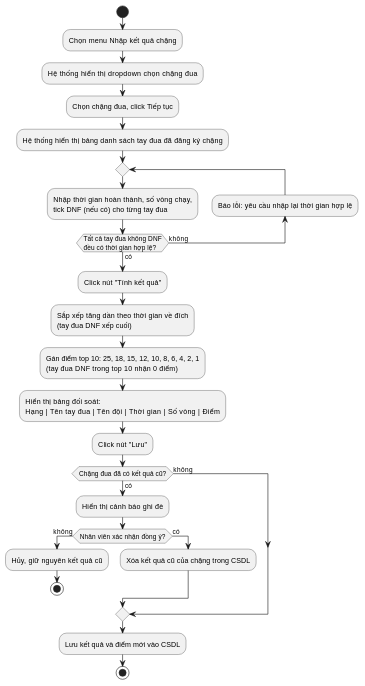
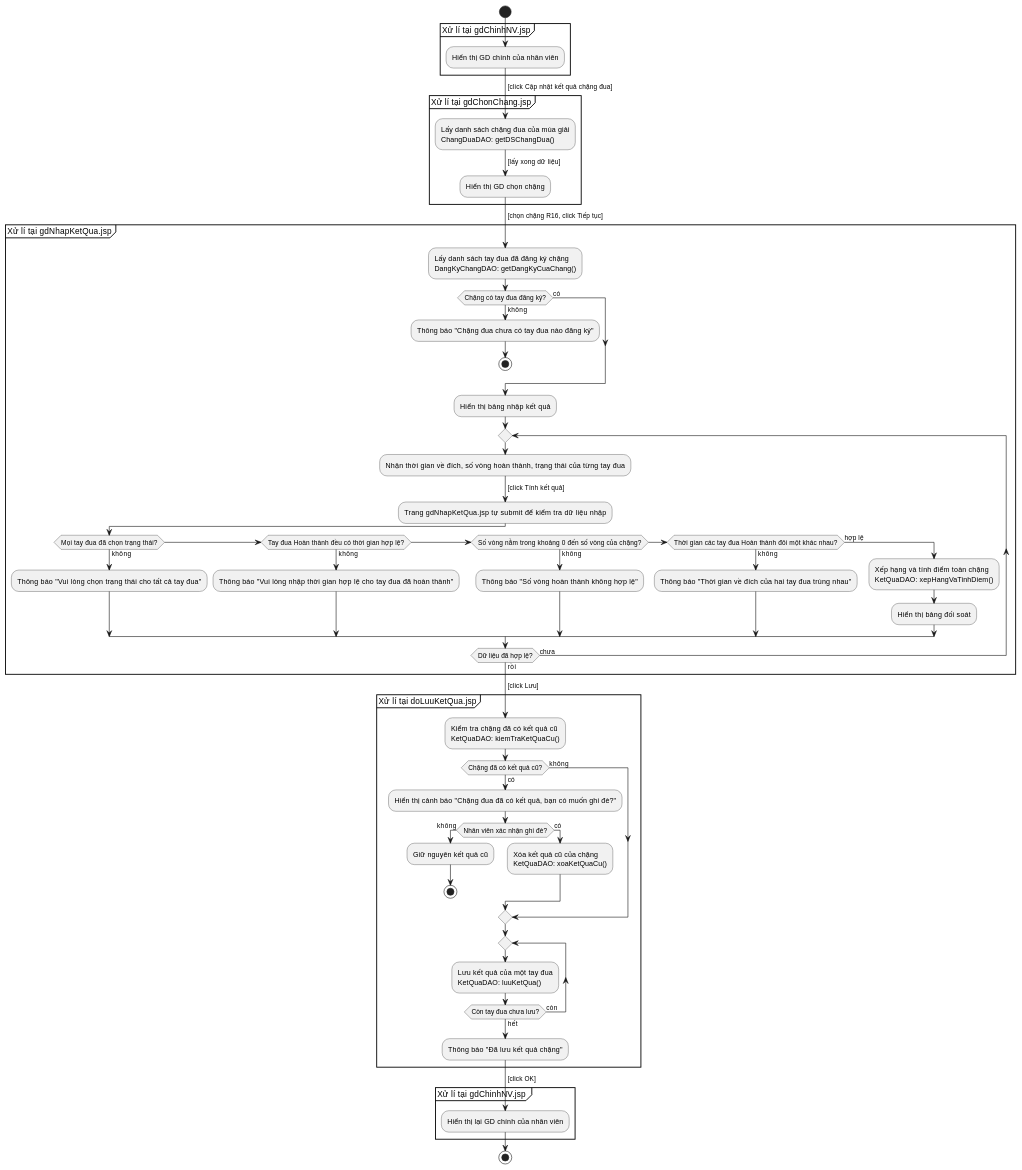
Before and after one commit to 7gho/CNPM-He2026: the fifth of 6 diagrams in Module 3 - Kiet/noi-dung.md, drawn with PlantUML. The commit also changed other lines of this file and 53 other files, not shown here.

````diff
--- a/Module 3 - Kiet/noi-dung.md
+++ b/Module 3 - Kiet/noi-dung.md
@@ -61,34 +378,70 @@
 ```plantuml
 @startuml
 start
-:Chọn menu Nhập kết quả chặng;
-:Hệ thống hiển thị dropdown chọn chặng đua;
-:Chọn chặng đua, click Tiếp tục;
-:Hệ thống hiển thị bảng danh sách tay đua đã đăng ký chặng;
-
-repeat
-  :Nhập thời gian hoàn thành, số vòng chạy,\ntick DNF (nếu có) cho từng tay đua;
-backward:Báo lỗi: yêu cầu nhập lại thời gian hợp lệ;
-repeat while (Tất cả tay đua không DNF\nđều có thời gian hợp lệ?) is (không) not (có)
-
-:Click nút "Tính kết quả";
-:Sắp xếp tăng dần theo thời gian về đích\n(tay đua DNF xếp cuối);
-:Gán điểm top 10: 25, 18, 15, 12, 10, 8, 6, 4, 2, 1\n(tay đua DNF trong top 10 nhận 0 điểm);
-:Hiển thị bảng đối soát:\nHạng | Tên tay đua | Tên đội | Thời gian | Số vòng | Điểm;
-:Click nút "Lưu";
-
-if (Chặng đua đã có kết quả cũ?) then (có)
-  :Hiển thị cảnh báo ghi đè;
-  if (Nhân viên xác nhận đồng ý?) then (không)
-    :Hủy, giữ nguyên kết quả cũ;
+partition "Xử lí tại gdChinhNV.jsp" {
+  :Hiển thị GD chính của nhân viên;
+}
+-> [click Cập nhật kết quả chặng đua];
+partition "Xử lí tại gdChonChang.jsp" {
+  :Lấy danh sách chặng đua của mùa giải
+  ChangDuaDAO: getDSChangDua();
+  -> [lấy xong dữ liệu];
+  :Hiển thị GD chọn chặng;
+}
+-> [chọn chặng R16, click Tiếp tục];
+partition "Xử lí tại gdNhapKetQua.jsp" {
+  :Lấy danh sách tay đua đã đăng ký chặng
+  DangKyChangDAO: getDangKyCuaChang();
+  if (Chặng có tay đua đăng ký?) then (không)
+    :Thông báo "Chặng đua chưa có tay đua nào đăng ký";
     stop
   else (có)
-    :Xóa kết quả cũ của chặng trong CSDL;
   endif
-else (không)
-endif
-
-:Lưu kết quả và điểm mới vào CSDL;
+  :Hiển thị bảng nhập kết quả;
+  repeat
+    :Nhận thời gian về đích, số vòng hoàn thành, trạng thái của từng tay đua;
+    -> [click Tính kết quả];
+    :Trang gdNhapKetQua.jsp tự submit để kiểm tra dữ liệu nhập;
+    if (Mọi tay đua đã chọn trạng thái?) then (không)
+      :Thông báo "Vui lòng chọn trạng thái cho tất cả tay đua";
+    elseif (Tay đua Hoàn thành đều có thời gian hợp lệ?) then (không)
+      :Thông báo "Vui lòng nhập thời gian hợp lệ cho tay đua đã hoàn thành";
+    elseif (Số vòng nằm trong khoảng 0 đến số vòng của chặng?) then (không)
+      :Thông báo "Số vòng hoàn thành không hợp lệ";
+    elseif (Thời gian các tay đua Hoàn thành đôi một khác nhau?) then (không)
+      :Thông báo "Thời gian về đích của hai tay đua trùng nhau";
+    else (hợp lệ)
+      :Xếp hạng và tính điểm toàn chặng
+      KetQuaDAO: xepHangVaTinhDiem();
+      :Hiển thị bảng đối soát;
+    endif
+  repeat while (Dữ liệu đã hợp lệ?) is (chưa) not (rồi)
+}
+-> [click Lưu];
+partition "Xử lí tại doLuuKetQua.jsp" {
+  :Kiểm tra chặng đã có kết quả cũ
+  KetQuaDAO: kiemTraKetQuaCu();
+  if (Chặng đã có kết quả cũ?) then (có)
+    :Hiển thị cảnh báo "Chặng đua đã có kết quả, bạn có muốn ghi đè?";
+    if (Nhân viên xác nhận ghi đè?) then (không)
+      :Giữ nguyên kết quả cũ;
+      stop
+    else (có)
+      :Xóa kết quả cũ của chặng
+      KetQuaDAO: xoaKetQuaCu();
+    endif
+  else (không)
+  endif
+  repeat
+    :Lưu kết quả của một tay đua
+    KetQuaDAO: luuKetQua();
+  repeat while (Còn tay đua chưa lưu?) is (còn) not (hết)
+  :Thông báo "Đã lưu kết quả chặng";
+}
+-> [click OK];
+partition "Xử lí tại gdChinhNV.jsp " {
+  :Hiển thị lại GD chính của nhân viên;
+}
 stop
 @enduml
 ```
````
